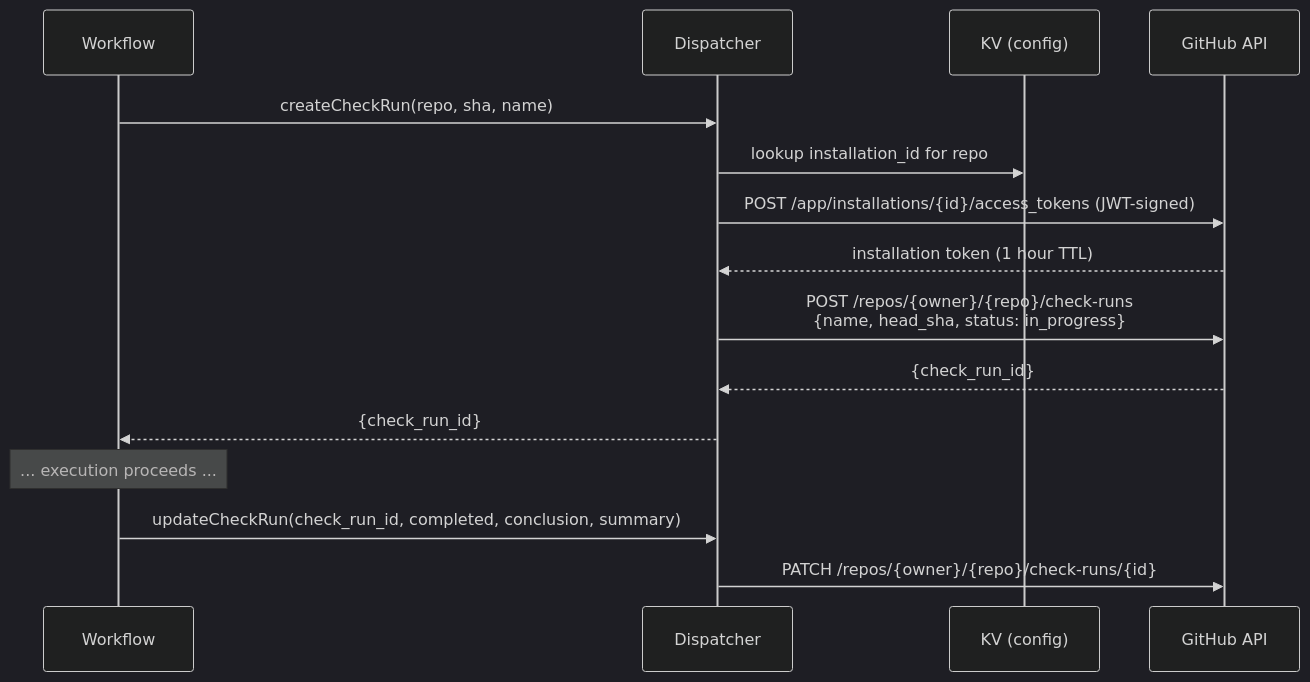
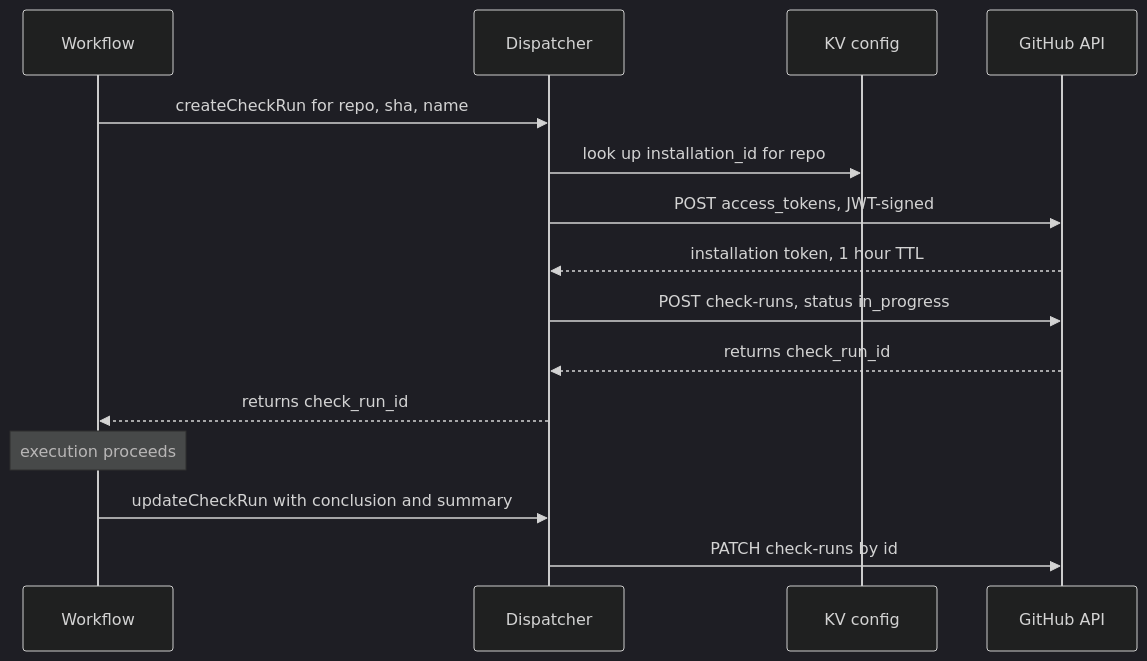
The second of 2 diagrams in specs/04-gha-integration.md (OpenHackersClub/flare-dispatch), drawn with Mermaid (dark theme) before and after one commit. The commit also changed other lines of this file and 15 other files, not shown here.

First line of the commit message:
docs: restructure architecture, add recipes cookbook and pm/

````diff
--- a/specs/04-gha-integration.md
+++ b/specs/04-gha-integration.md
@@ -168,20 +171,17 @@
 ```mermaid
 sequenceDiagram
   participant W as Workflow
   participant D as Dispatcher
-  participant KV as KV (config)
+  participant KV as KV config
   participant GH as GitHub API
-
-  W->>D: createCheckRun(repo, sha, name)
-  D->>KV: lookup installation_id for repo
-  D->>GH: POST /app/installations/{id}/access_tokens (JWT-signed)
-  GH-->>D: installation token (1 hour TTL)
-  D->>GH: POST /repos/{owner}/{repo}/check-runs<br/>{name, head_sha, status: in_progress}
-  GH-->>D: {check_run_id}
-  D-->>W: {check_run_id}
-
-  Note over W: ... execution proceeds ...
-
-  W->>D: updateCheckRun(check_run_id, completed, conclusion, summary)
-  D->>GH: PATCH /repos/{owner}/{repo}/check-runs/{id}
+  W->>D: createCheckRun for repo, sha, name
+  D->>KV: look up installation_id for repo
+  D->>GH: POST access_tokens, JWT-signed
+  GH-->>D: installation token, 1 hour TTL
+  D->>GH: POST check-runs, status in_progress
+  GH-->>D: returns check_run_id
+  D-->>W: returns check_run_id
+  Note over W: execution proceeds
+  W->>D: updateCheckRun with conclusion and summary
+  D->>GH: PATCH check-runs by id
 ```
````
